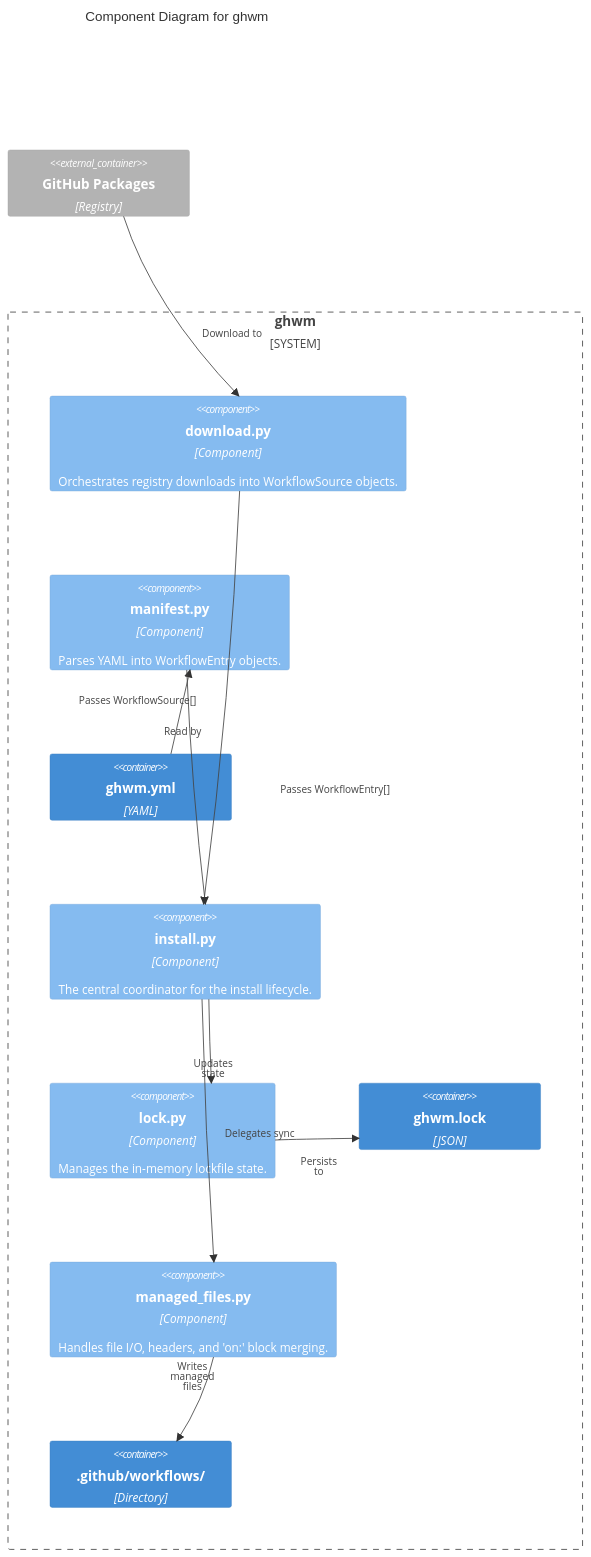
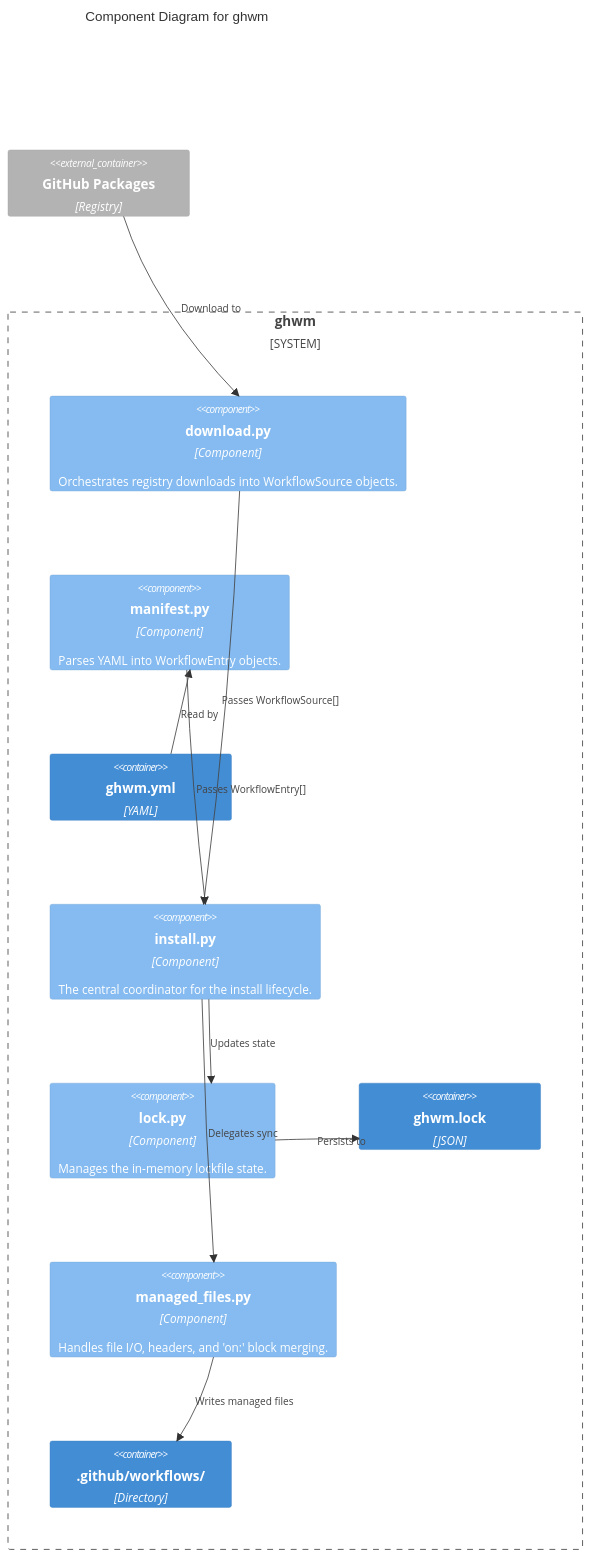
The second of 2 diagrams in docs/ARCHITECTURE.md (ghwfxlab/ghwm), drawn with Mermaid before and after one commit. The commit also changed other lines of this file, not shown here.

Commit message:
docs: fix Mermaid diagram syntax errors by removing HTML tags and style overrides

````diff
--- a/docs/ARCHITECTURE.md
+++ b/docs/ARCHITECTURE.md
@@ -60,40 +54,29 @@
 ```mermaid
 C4Component
     title Component Diagram for ghwm
     
     Container_Ext(gpr, "GitHub Packages", "Registry")
     
     System_Boundary(ghwm, "ghwm") {
         Component(download_mod, "download.py", "Component", "Orchestrates registry downloads into WorkflowSource objects.")
         Component(manifest_mod, "manifest.py", "Component", "Parses YAML into WorkflowEntry objects.")
         Container(manifest_file, "ghwm.yml", "YAML")
         Component(install_mod, "install.py", "Component", "The central coordinator for the install lifecycle.")
         Component(lock_mod, "lock.py", "Component", "Manages the in-memory lockfile state.")
         Container(lock_file, "ghwm.lock", "JSON")
         Component(files_mod, "managed_files.py", "Component", "Handles file I/O, headers, and 'on:' block merging.")
         Container(workflows_dir, ".github/workflows/", "Directory")
     }
 
     Rel(manifest_file, manifest_mod, "Read by")
     Rel(gpr, download_mod, "Download to")
     
     Rel(manifest_mod, install_mod, "Passes WorkflowEntry[]")
     Rel(download_mod, install_mod, "Passes WorkflowSource[]")
     
-    Rel(install_mod, lock_mod, "Updates <br/> state")
-    Rel(lock_mod, lock_file, "Persists <br/> to")
+    Rel(install_mod, lock_mod, "Updates state")
+    Rel(lock_mod, lock_file, "Persists to")
     
     Rel(install_mod, files_mod, "Delegates sync")
-    Rel(files_mod, workflows_dir, "Writes <br/> managed <br/> files")
-
-    UpdateLayoutConfig($c4ShapeInRow="3", $c4BoundaryInRow="1")
-
-    UpdateRelStyle(gpr, download_mod, $offsetX="25", $offsetY="30")
-    UpdateRelStyle(download_mod, install_mod, $offsetX="-170", $offsetY="0")
-    UpdateRelStyle(manifest_mod, install_mod, $offsetX="100", $offsetY="0")
-    UpdateRelStyle(manifest_file, manifest_mod, $offsetX="-20", $offsetY="20")
-    UpdateRelStyle(install_mod, lock_mod, $offsetX="-20", $offsetY="30")
-    UpdateRelStyle(lock_mod, lock_file, $offsetX="-20", $offsetY="30")
-    UpdateRelStyle(install_mod, files_mod, $offsetX="20", $offsetY="0")
-    UpdateRelStyle(files_mod, workflows_dir, $offsetX="-30", $offsetY="-30")
+    Rel(files_mod, workflows_dir, "Writes managed files")
 ```
````
